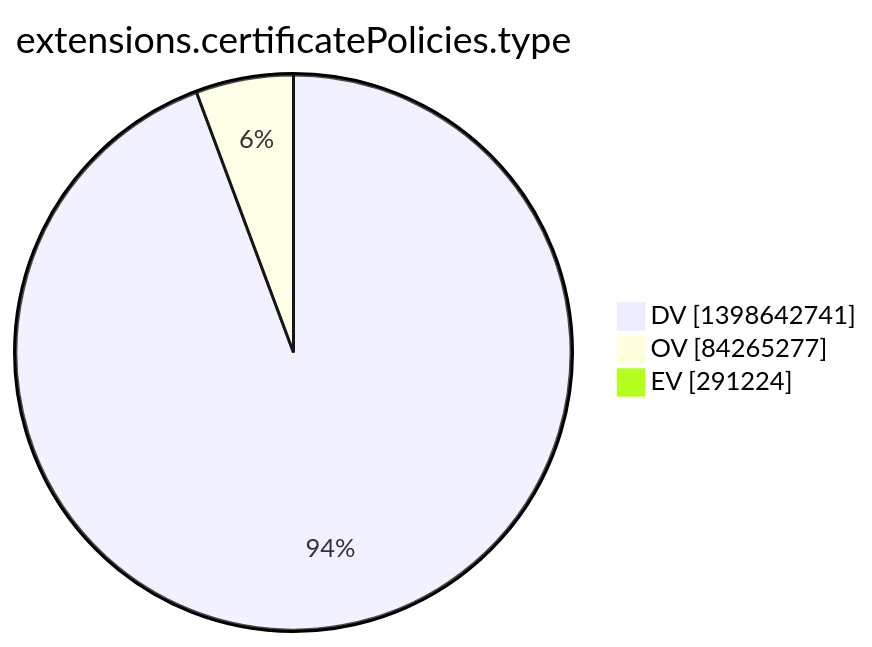
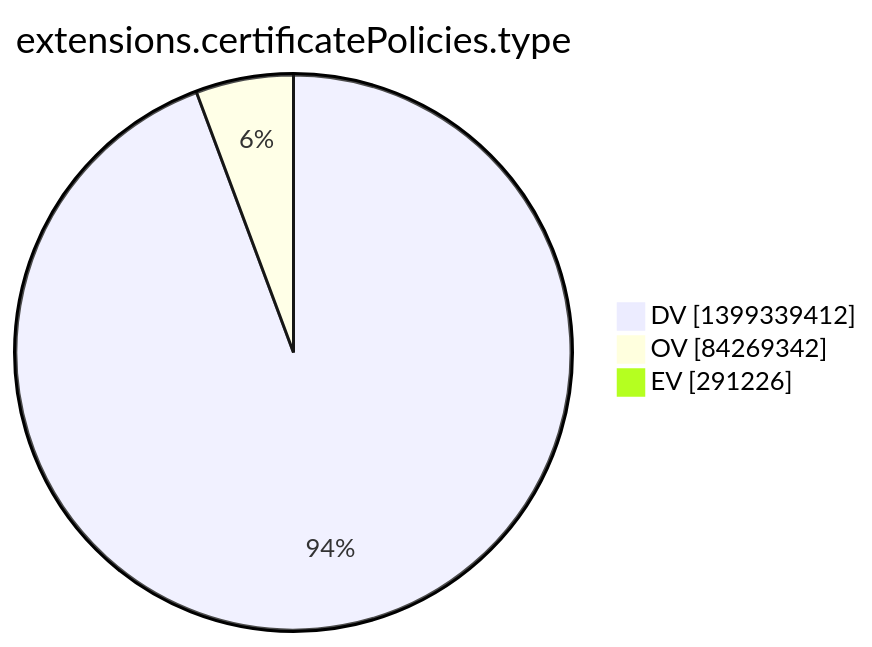
Before and after one commit to christiankrug/ctmonitor_visualization: the tenth of 15 diagrams in argon2022/README.md, drawn with Mermaid. The commit also changed other lines of this file, not shown here.

````diff
--- a/argon2022/README.md
+++ b/argon2022/README.md
@@ -2773,7 +2773,7 @@
 ```mermaid
 pie showData
 title extensions.certificatePolicies.type
-"DV" :1398642741
-"OV" :84265277
-"EV" :291224
+"DV" :1399339412
+"OV" :84269342
+"EV" :291226
 ```
````
